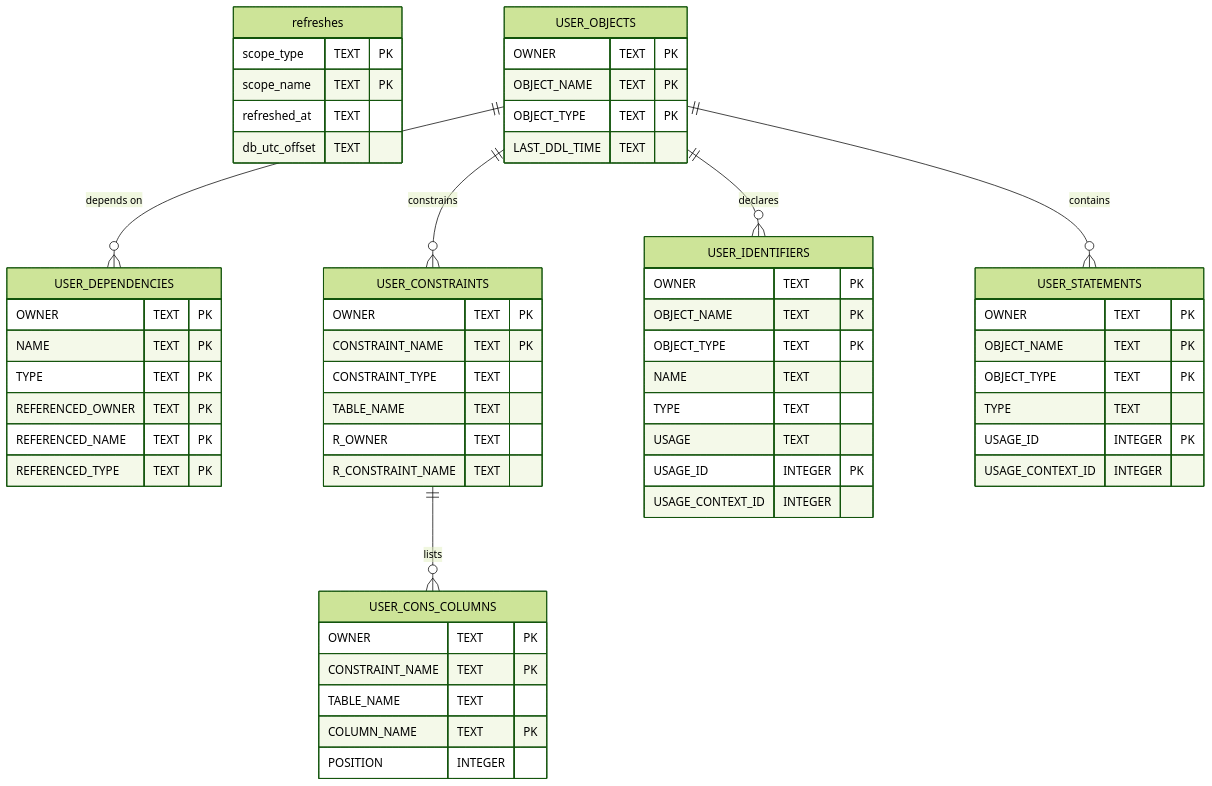
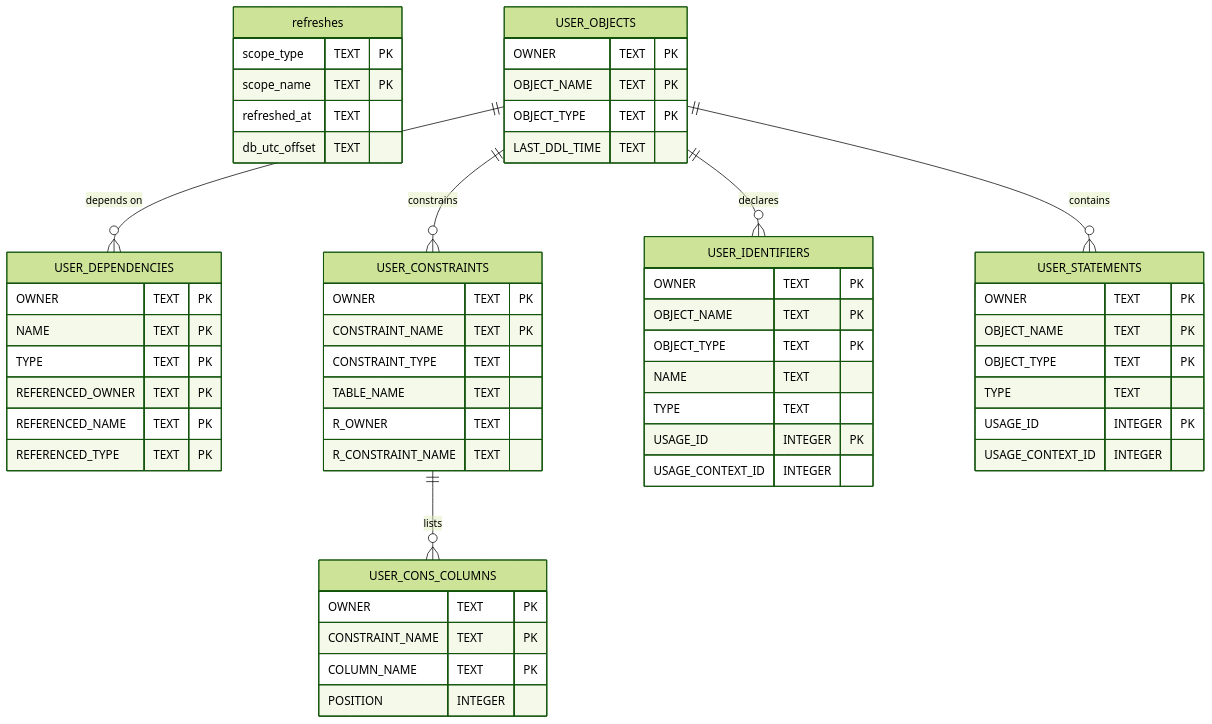
One commit to jkvetina/ADT.ai changed the diagram in docs/storage_dependencies.md. Above: the diagram before and after it, drawn with Mermaid (forest theme). The commit also changed other lines of this file and 80 other files, not shown here.

````diff
--- a/docs/storage_dependencies.md
+++ b/docs/storage_dependencies.md
@@ -11,61 +11,59 @@
 ```mermaid
 erDiagram
     refreshes {
         scope_type TEXT PK
         scope_name TEXT PK
         refreshed_at TEXT
         db_utc_offset TEXT
     }
     USER_OBJECTS {
         OWNER TEXT PK
         OBJECT_NAME TEXT PK
         OBJECT_TYPE TEXT PK
         LAST_DDL_TIME TEXT
     }
     USER_DEPENDENCIES {
         OWNER TEXT PK
         NAME TEXT PK
         TYPE TEXT PK
         REFERENCED_OWNER TEXT PK
         REFERENCED_NAME TEXT PK
         REFERENCED_TYPE TEXT PK
     }
     USER_CONSTRAINTS {
         OWNER TEXT PK
         CONSTRAINT_NAME TEXT PK
         CONSTRAINT_TYPE TEXT
         TABLE_NAME TEXT
         R_OWNER TEXT
         R_CONSTRAINT_NAME TEXT
     }
     USER_CONS_COLUMNS {
         OWNER TEXT PK
         CONSTRAINT_NAME TEXT PK
-        TABLE_NAME TEXT
         COLUMN_NAME TEXT PK
         POSITION INTEGER
     }
     USER_IDENTIFIERS {
         OWNER TEXT PK
         OBJECT_NAME TEXT PK
         OBJECT_TYPE TEXT PK
         NAME TEXT
         TYPE TEXT
-        USAGE TEXT
         USAGE_ID INTEGER PK
         USAGE_CONTEXT_ID INTEGER
     }
     USER_STATEMENTS {
         OWNER TEXT PK
         OBJECT_NAME TEXT PK
         OBJECT_TYPE TEXT PK
         TYPE TEXT
         USAGE_ID INTEGER PK
         USAGE_CONTEXT_ID INTEGER
     }
     USER_OBJECTS ||--o{ USER_DEPENDENCIES : "depends on"
     USER_OBJECTS ||--o{ USER_CONSTRAINTS : constrains
     USER_CONSTRAINTS ||--o{ USER_CONS_COLUMNS : lists
     USER_OBJECTS ||--o{ USER_IDENTIFIERS : declares
     USER_OBJECTS ||--o{ USER_STATEMENTS : contains
 ```
````
